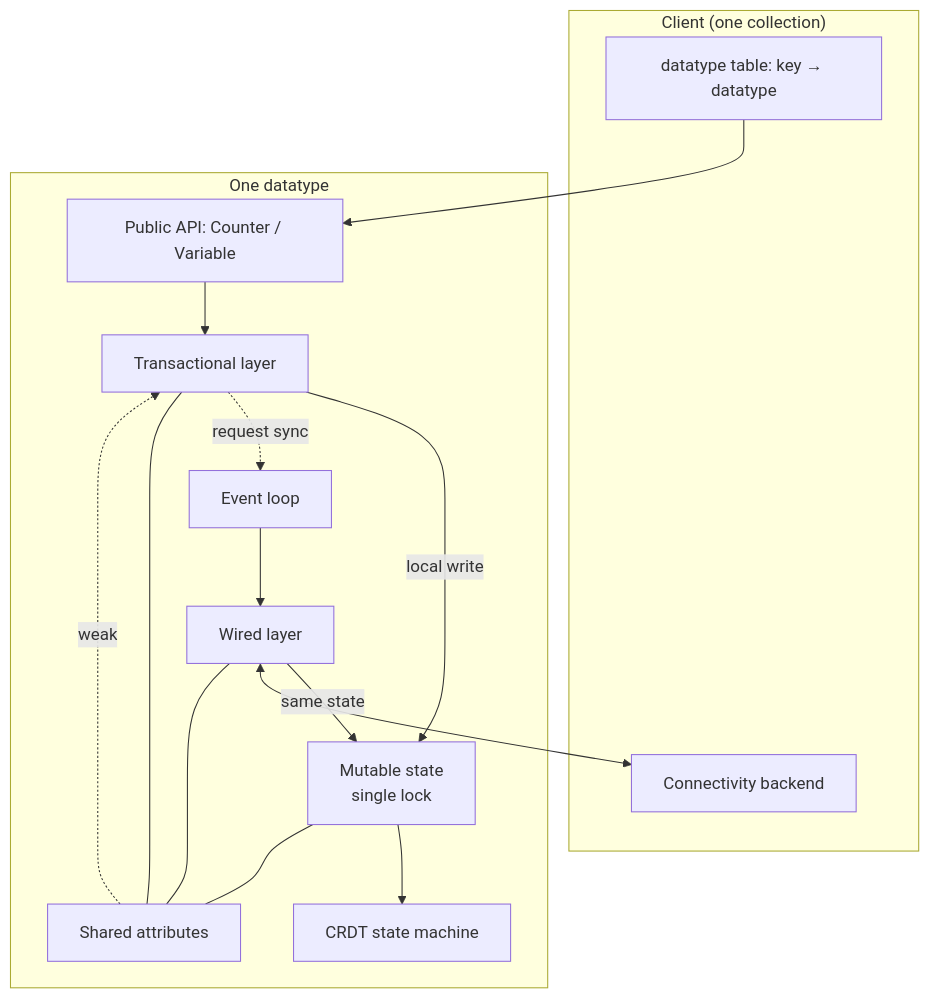
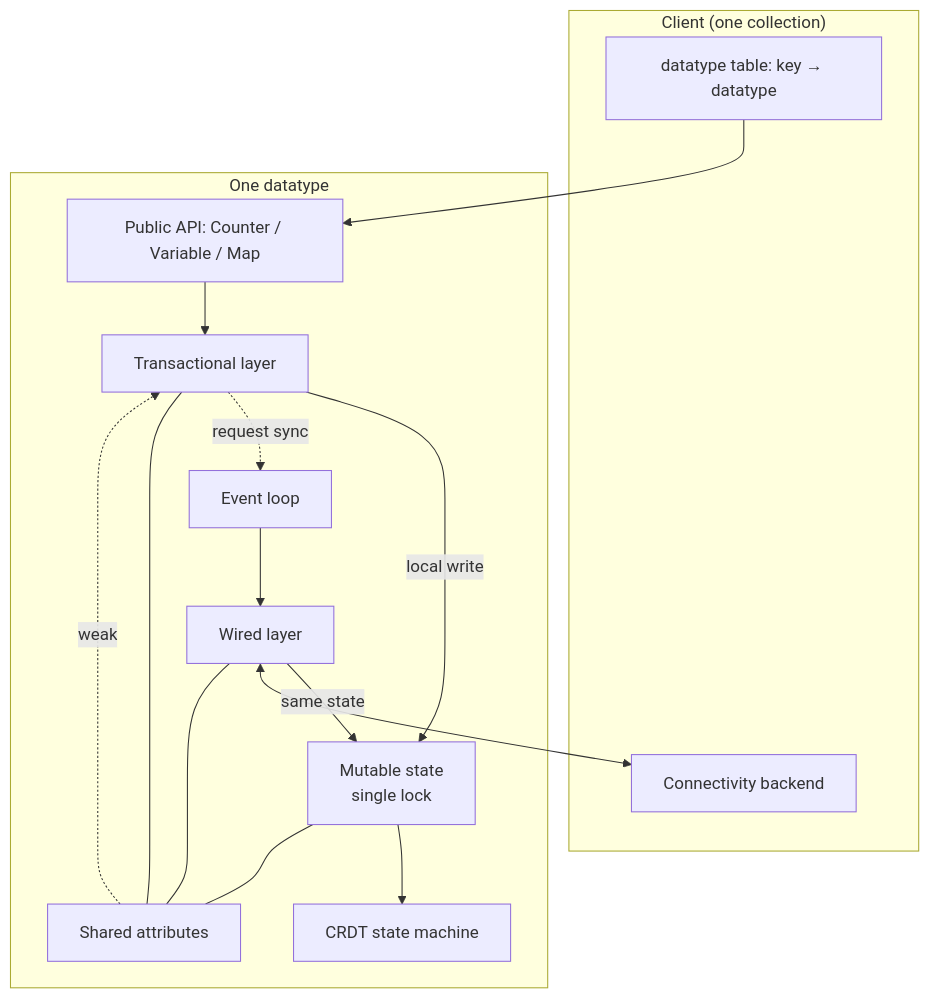
Before and after one commit to qortoo/qortoo-rs: the first of 3 diagrams in docs/architecture.md, drawn with Mermaid. The commit also changed other lines of this file and 26 other files, not shown here.

First line of the commit message:
🧬feat(datatypes): expose the Rust Map API

````diff
--- a/docs/architecture.md
+++ b/docs/architecture.md
@@ -52,30 +49,30 @@
 ```mermaid
 flowchart TD
     subgraph Client["Client (one collection)"]
         DTT["datatype table: key → datatype"]
         CONN["Connectivity backend"]
     end
 
     subgraph Datatype["One datatype"]
-        API["Public API: Counter / Variable"]
+        API["Public API: Counter / Variable / Map"]
         TX["Transactional layer"]
         MUT["Mutable state<br/>single lock"]
         CRDT["CRDT state machine"]
         EL["Event loop"]
         WI["Wired layer"]
         ATTR["Shared attributes"]
     end
 
     DTT --> API
     API --> TX
     TX -->|local write| MUT
     MUT --> CRDT
     TX -.->|request sync| EL
     EL --> WI
     WI -->|same state| MUT
     WI <--> CONN
     TX --- ATTR
     WI --- ATTR
     MUT --- ATTR
     ATTR -.->|weak| TX
 ```
````
